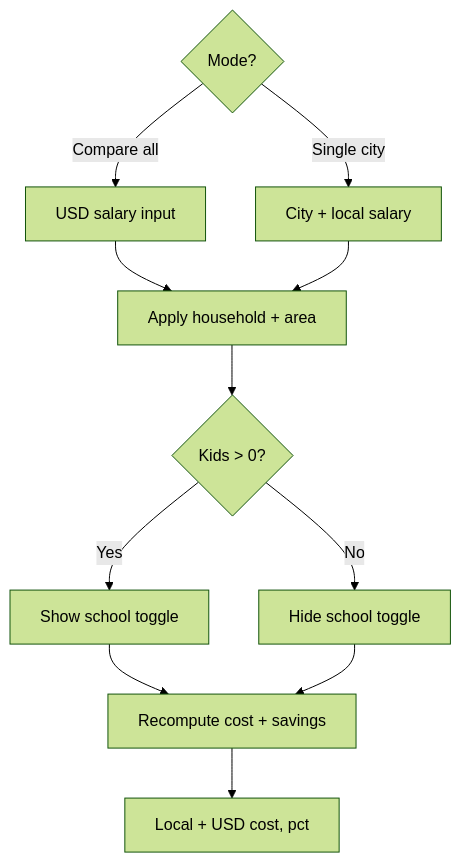
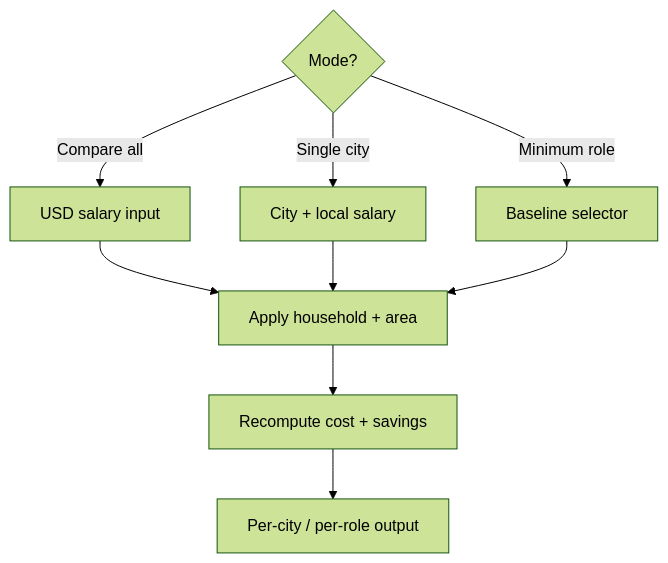
Before and after one commit to wahidyankf/baseerah: the second of 3 diagrams in plans/in-progress/ayokoding-www-salary-savings-calculator/tech-docs.md, drawn with Mermaid (forest theme). The commit also changed other lines of this file and 9 other files, not shown here.

````diff
--- a/plans/in-progress/ayokoding-www-salary-savings-calculator/tech-docs.md
+++ b/plans/in-progress/ayokoding-www-salary-savings-calculator/tech-docs.md
@@ -27,13 +30,11 @@
 ```mermaid
 flowchart TD
     M{Mode?} -->|Compare all| CA[USD salary input]
     M -->|Single city| SC[City + local salary]
+    M -->|Minimum role| MR[Baseline selector]
     CA --> OPT[Apply household + area]
     SC --> OPT
-    OPT --> K{Kids > 0?}
-    K -->|Yes| ST[Show school toggle]
-    K -->|No| HID[Hide school toggle]
-    ST --> R[Recompute cost + savings]
-    HID --> R
-    R --> OUT[Local + USD cost, pct]
+    MR --> OPT
+    OPT --> R[Recompute cost + savings]
+    R --> OUT[Per-city / per-role output]
 ```
````
